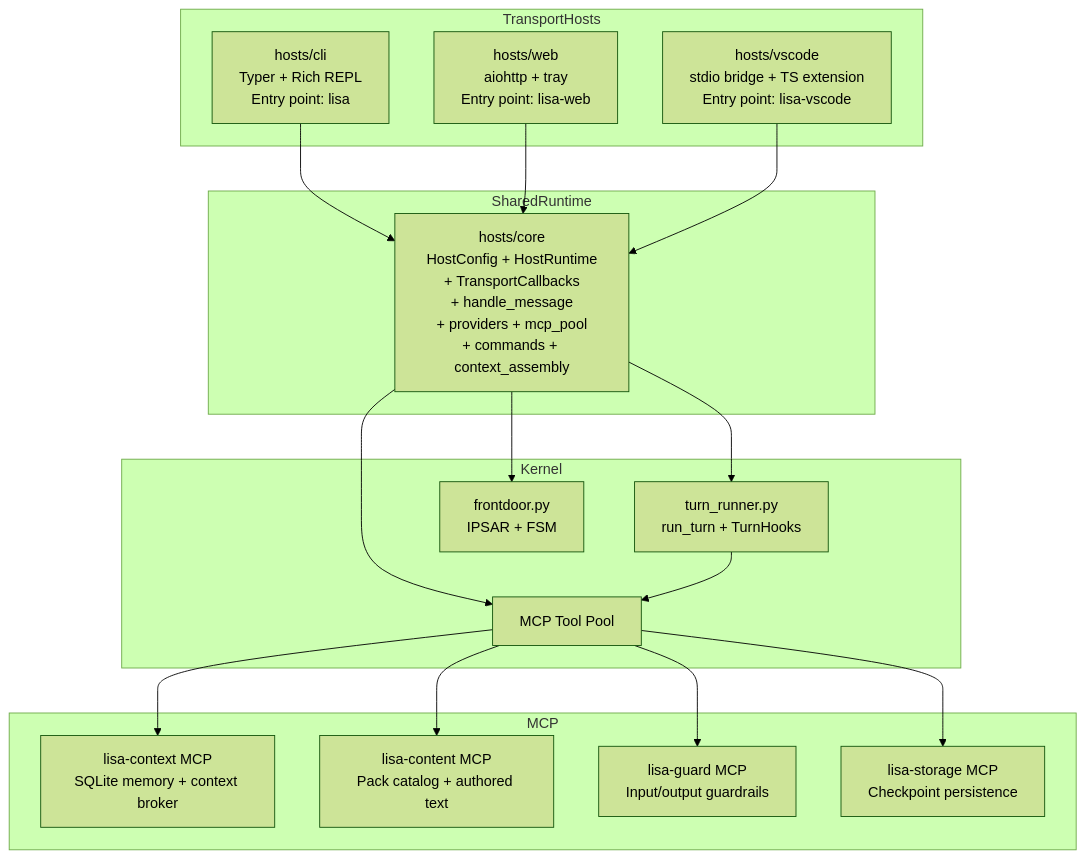
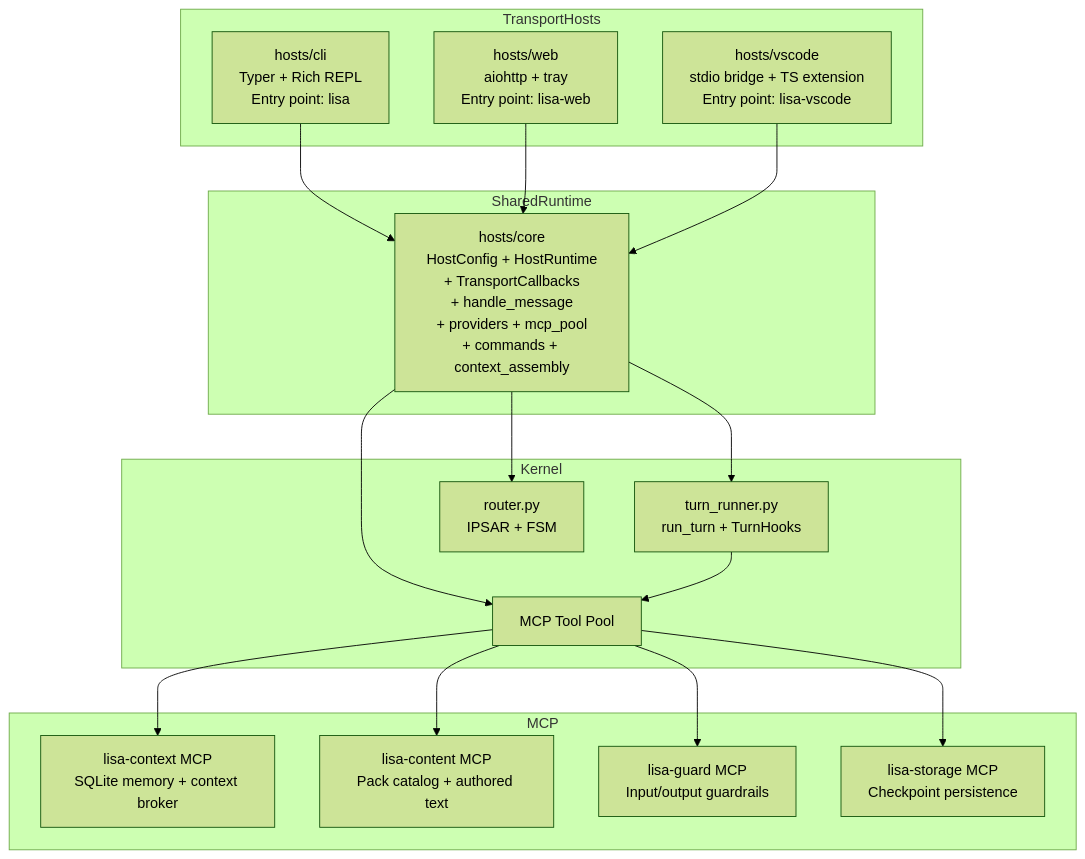
The diagram in docs/HOSTS_GUIDE.md (Lisa-Harness/lisa), drawn with Mermaid (forest theme) before and after one commit. The commit also changed other lines of this file and 59 other files, not shown here.

First line of the commit message:
rename frontdoor → router across kernel, hosts, packs, SDK, tests, and docs

````diff
--- a/docs/HOSTS_GUIDE.md
+++ b/docs/HOSTS_GUIDE.md
@@ -7,39 +7,39 @@
 ```mermaid
 flowchart TD
   subgraph TransportHosts
     CLI[hosts/cli<br/>Typer + Rich REPL<br/>Entry point: lisa]
     Web[hosts/web<br/>aiohttp + tray<br/>Entry point: lisa-web]
     VSCode[hosts/vscode<br/>stdio bridge + TS extension<br/>Entry point: lisa-vscode]
   end
 
   subgraph SharedRuntime
     Core[hosts/core<br/>HostConfig + HostRuntime<br/>+ TransportCallbacks<br/>+ handle_message<br/>+ providers + mcp_pool<br/>+ commands + context_assembly]
   end
 
   subgraph Kernel
     TR[turn_runner.py<br/>run_turn + TurnHooks]
-    FD[frontdoor.py<br/>IPSAR + FSM]
+    FD[router.py<br/>IPSAR + FSM]
     TOOLS[MCP Tool Pool]
   end
 
   subgraph MCP
     Context[lisa-context MCP<br/>SQLite memory + context broker]
     Content[lisa-content MCP<br/>Pack catalog + authored text]
     Guard[lisa-guard MCP<br/>Input/output guardrails]
     Storage[lisa-storage MCP<br/>Checkpoint persistence]
   end
 
   CLI --> Core
   Web --> Core
   VSCode --> Core
 
   Core --> TR
   Core --> FD
   Core --> TOOLS
 
   TR --> TOOLS
   TOOLS --> Context
   TOOLS --> Content
   TOOLS --> Guard
   TOOLS --> Storage
 ```
````
